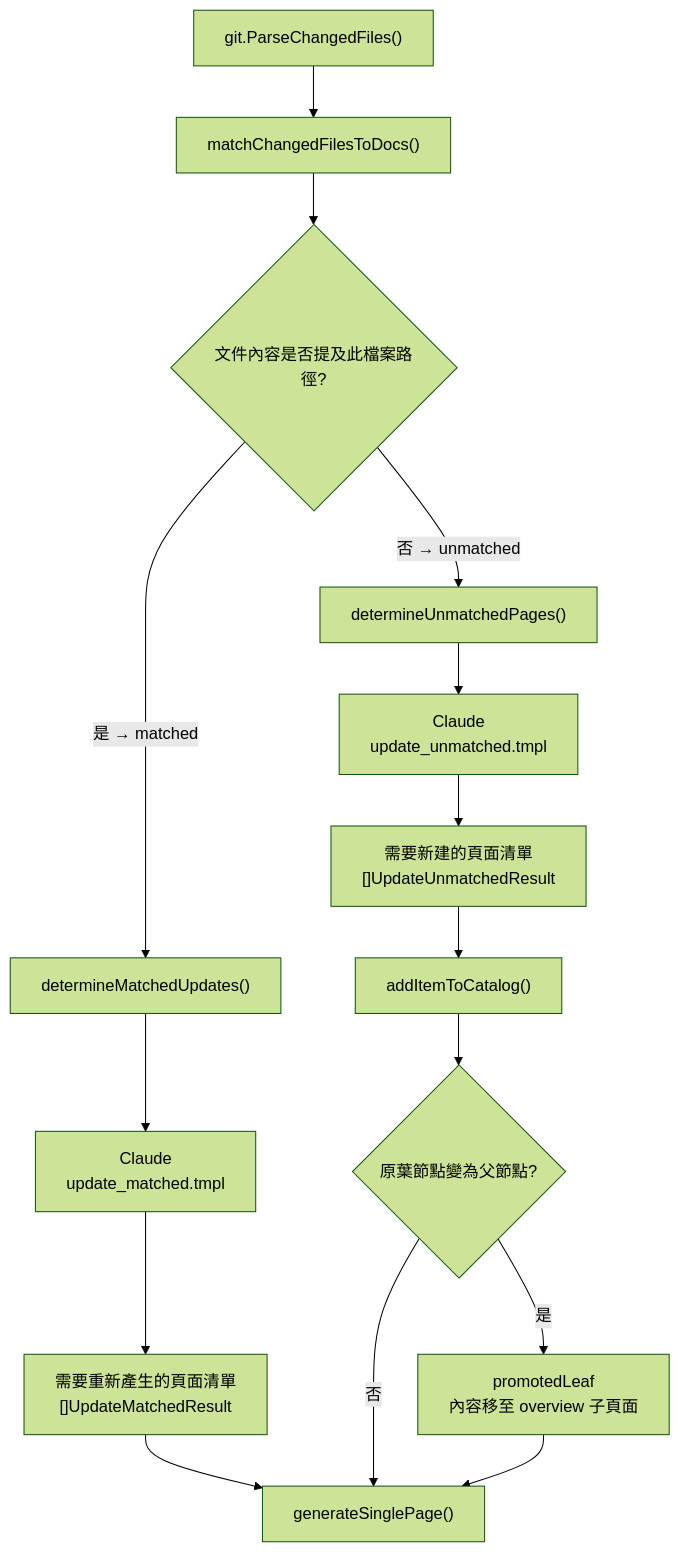
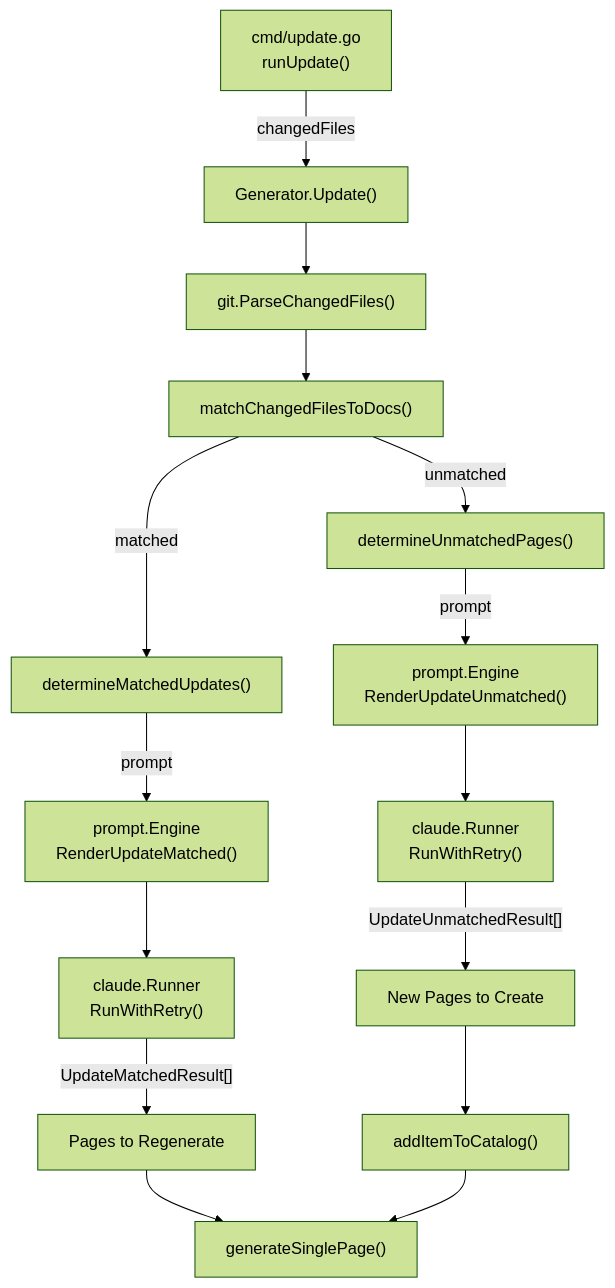
Before and after one commit to monkenWu/selfmd-claude-code: the first of 2 diagrams in docs/git-integration/affected-pages/index.md, drawn with Mermaid (forest theme). The commit also changed other lines of this file and 145 other files, not shown here.

````diff
--- a/docs/git-integration/affected-pages/index.md
+++ b/docs/git-integration/affected-pages/index.md
@@ -20,20 +18,17 @@
 ```mermaid
 flowchart TD
-    A["git.ParseChangedFiles()"] --> B["matchChangedFilesToDocs()"]
-    B --> C{文件內容是否提及此檔案路徑?}
-    C -->|"是 → matched"| D["determineMatchedUpdates()"]
-    C -->|"否 → unmatched"| E["determineUnmatchedPages()"]
-
-    D --> F["Claude\nupdate_matched.tmpl"]
-    E --> G["Claude\nupdate_unmatched.tmpl"]
-
-    F --> H["需要重新產生的頁面清單\n[]UpdateMatchedResult"]
-    G --> I["需要新建的頁面清單\n[]UpdateUnmatchedResult"]
-
-    H --> J["generateSinglePage()"]
-    I --> K["addItemToCatalog()"]
-    K --> L{"原葉節點變為父節點?"}
-    L -->|是| M["promotedLeaf\n內容移至 overview 子頁面"]
-    L -->|否| J
-    M --> J
+    A["cmd/update.go<br>runUpdate()"] -->|"changedFiles"| B["Generator.Update()"]
+    B --> C["git.ParseChangedFiles()"]
+    C --> D["matchChangedFilesToDocs()"]
+    D -->|matched| E["determineMatchedUpdates()"]
+    D -->|unmatched| F["determineUnmatchedPages()"]
+    E -->|"prompt"| G["prompt.Engine<br>RenderUpdateMatched()"]
+    F -->|"prompt"| H["prompt.Engine<br>RenderUpdateUnmatched()"]
+    G --> I["claude.Runner<br>RunWithRetry()"]
+    H --> J["claude.Runner<br>RunWithRetry()"]
+    I -->|"UpdateMatchedResult[]"| K["Pages to Regenerate"]
+    J -->|"UpdateUnmatchedResult[]"| L["New Pages to Create"]
+    K --> M["generateSinglePage()"]
+    L --> N["addItemToCatalog()"]
+    N --> M
 ```
````
